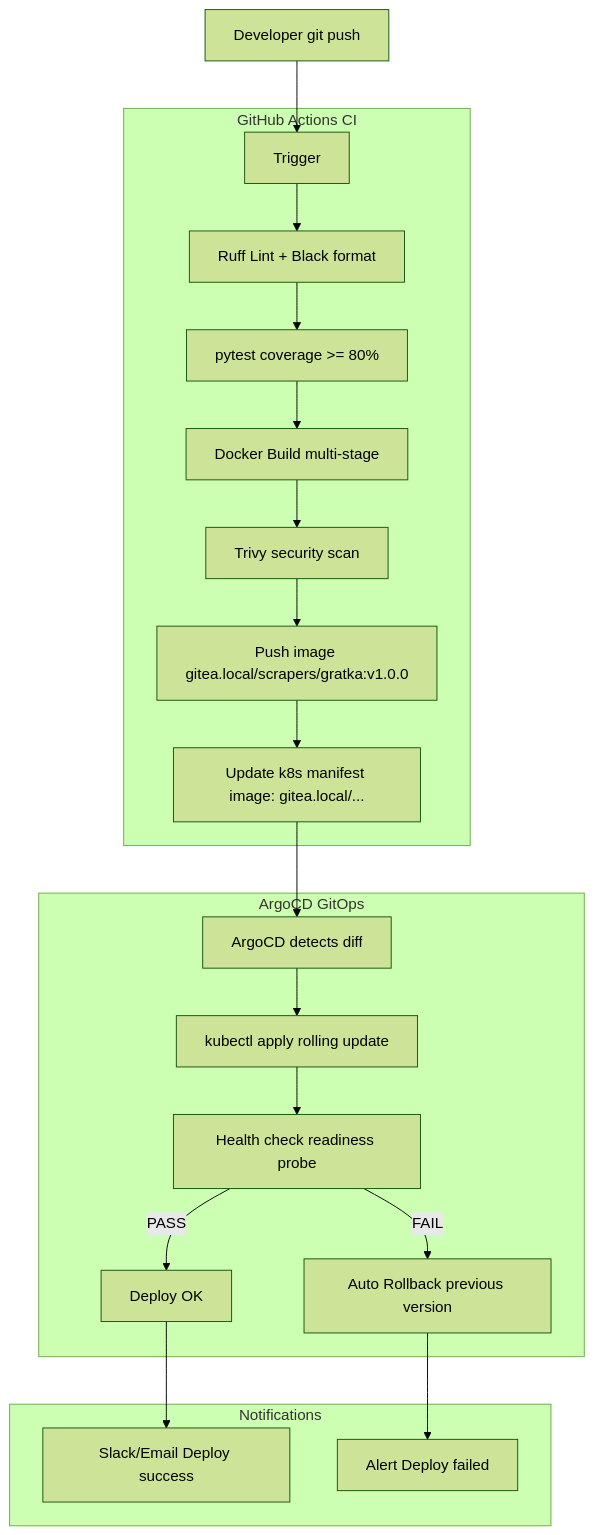
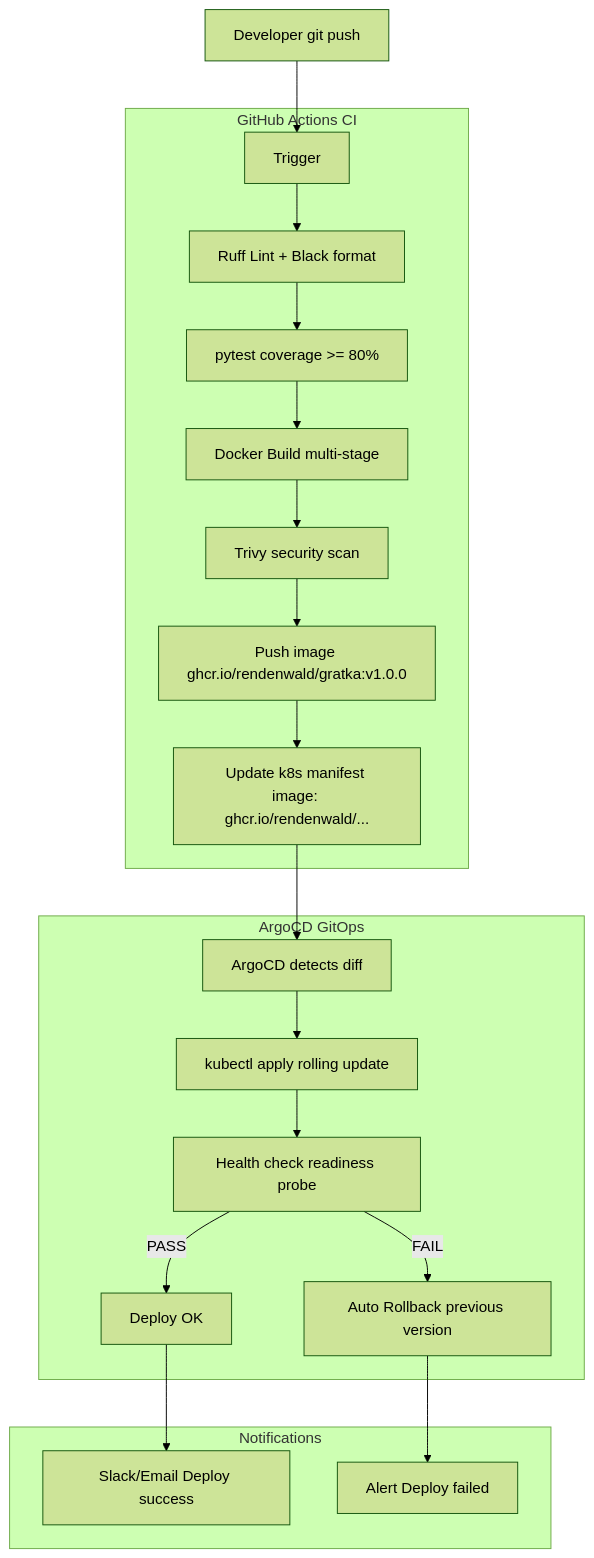
The diagram in specs/specs/140-GITOPS-CICD.md (rendenwald/nieruchomosci-ados), drawn with Mermaid (forest theme) before and after one commit. The commit also changed other lines of this file and 13 other files, not shown here.

First line of the commit message:
docs: replace Gitea references with GHCR (GitHub Container Registry)

````diff
--- a/specs/specs/140-GITOPS-CICD.md
+++ b/specs/specs/140-GITOPS-CICD.md
@@ -19,26 +19,26 @@
 ```mermaid
 flowchart TD
     DEV[Developer git push] --> GH
 
     subgraph CI["GitHub Actions CI"]
         GH[Trigger] --> LINT[Ruff Lint + Black format]
         LINT --> TEST[pytest coverage >= 80%]
         TEST --> BUILD[Docker Build multi-stage]
         BUILD --> SCAN[Trivy security scan]
-        SCAN --> PUSH[Push image gitea.local/scrapers/gratka:v1.0.0]
-        PUSH --> MANIFEST[Update k8s manifest image: gitea.local/...]
+        SCAN --> PUSH[Push image ghcr.io/rendenwald/gratka:v1.0.0]
+        PUSH --> MANIFEST[Update k8s manifest image: ghcr.io/rendenwald/...]
     end
 
     subgraph GITOPS["ArgoCD GitOps"]
         MANIFEST --> ARGOCD[ArgoCD detects diff]
         ARGOCD --> SYNC[kubectl apply rolling update]
         SYNC --> HEALTH[Health check readiness probe]
         HEALTH -->|FAIL| ROLLBACK[Auto Rollback previous version]
         HEALTH -->|PASS| DONE[Deploy OK]
     end
 
     subgraph NOTIFY["Notifications"]
         DONE --> SLACK[Slack/Email Deploy success]
         ROLLBACK --> ALERT_ADMIN[Alert Deploy failed]
     end
 ```
````
